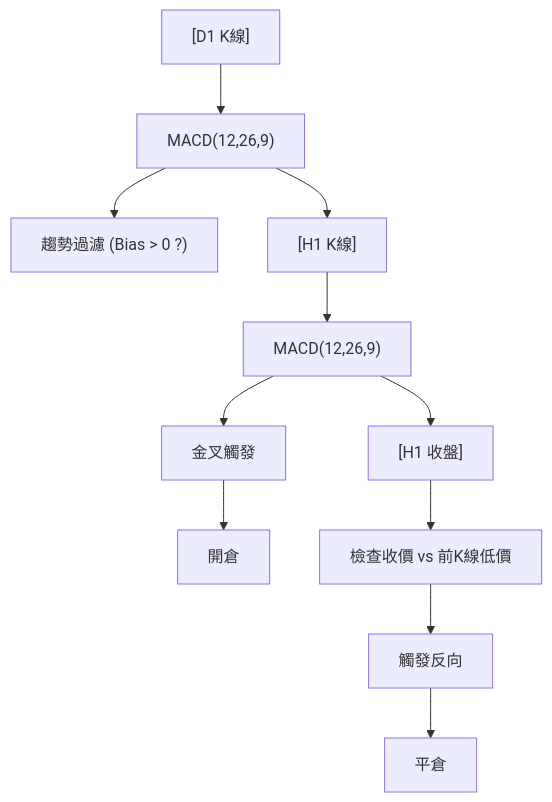
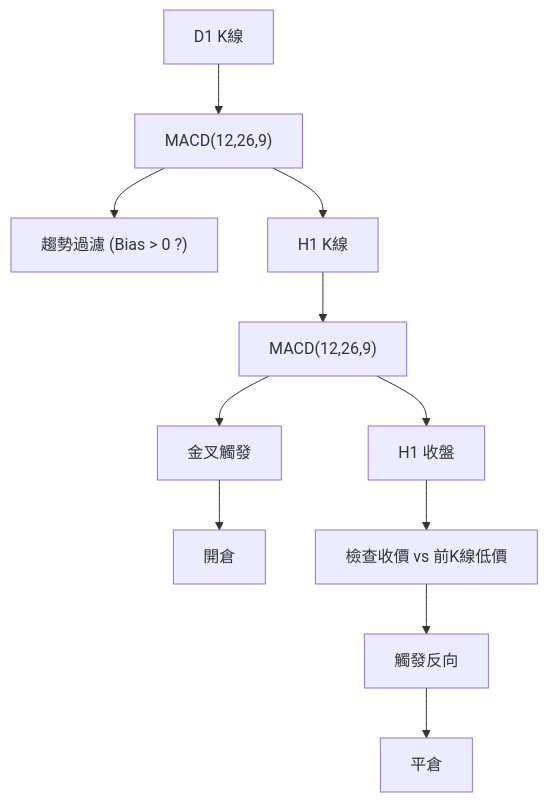
One commit to sou350121/Trading-Handbook changed the diagram in foundations/factor-mining/quantpedia-ceo.md. Above: the diagram before and after it, drawn with Mermaid. The commit also changed 191 other files, not shown here.

First line of the commit message:
render: fix math + mermaid for GitHub across the corpus (188 pages)

````diff
--- a/foundations/factor-mining/quantpedia-ceo.md
+++ b/foundations/factor-mining/quantpedia-ceo.md
@@ -32,13 +32,13 @@
 ```mermaid
 flowchart TD
-    A["[D1 K線]"] --> B["MACD(12,26,9)"]
-    B --> C["趨勢過濾 (Bias > 0 ?)"]
-    B --> D["[H1 K線]"]
+    A["D1 K線"] --> B["MACD(12,26,9)"]
+    B --> C["趨勢過濾 (Bias &gt; 0 ?)"]
+    B --> D["H1 K線"]
     D --> E["MACD(12,26,9)"]
     E --> F["金叉觸發"]
     F --> G["開倉"]
-    E --> H["[H1 收盤]"]
+    E --> H["H1 收盤"]
     H --> I["檢查收價 vs 前K線低價"]
     I --> J["觸發反向"]
     J --> K["平倉"]
 ```
````
